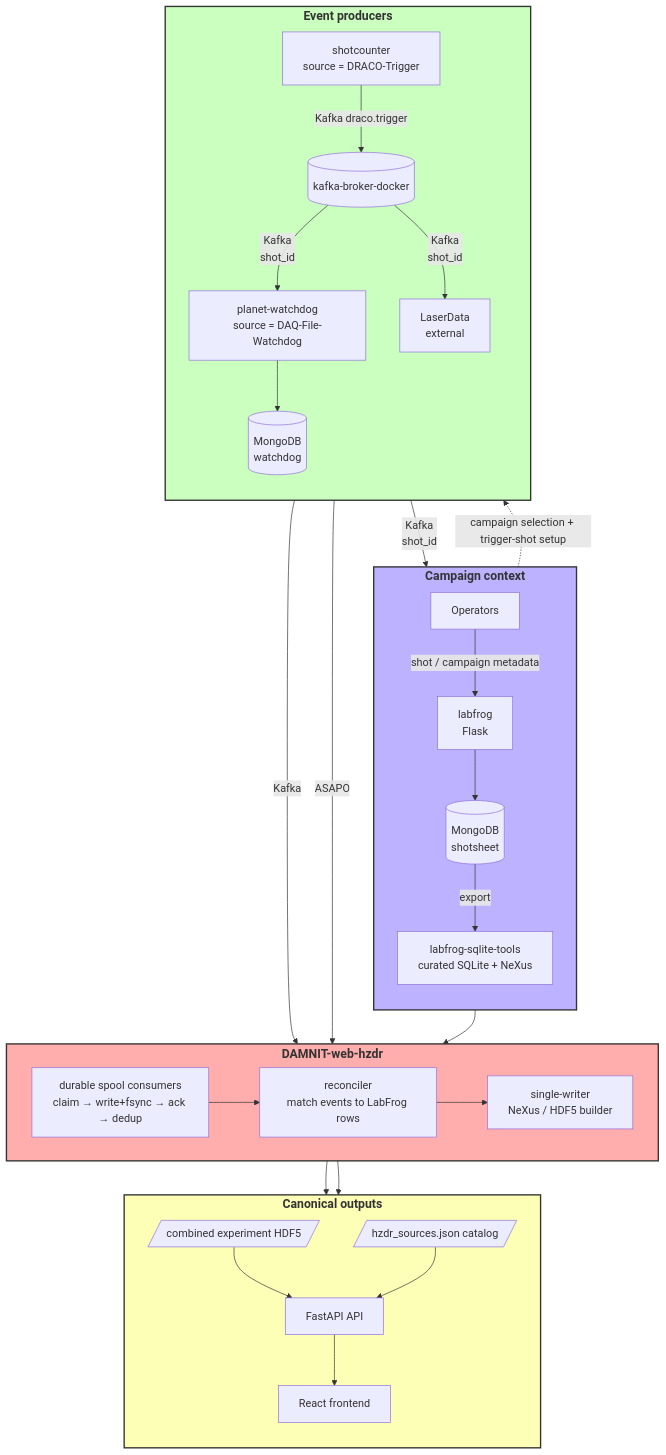
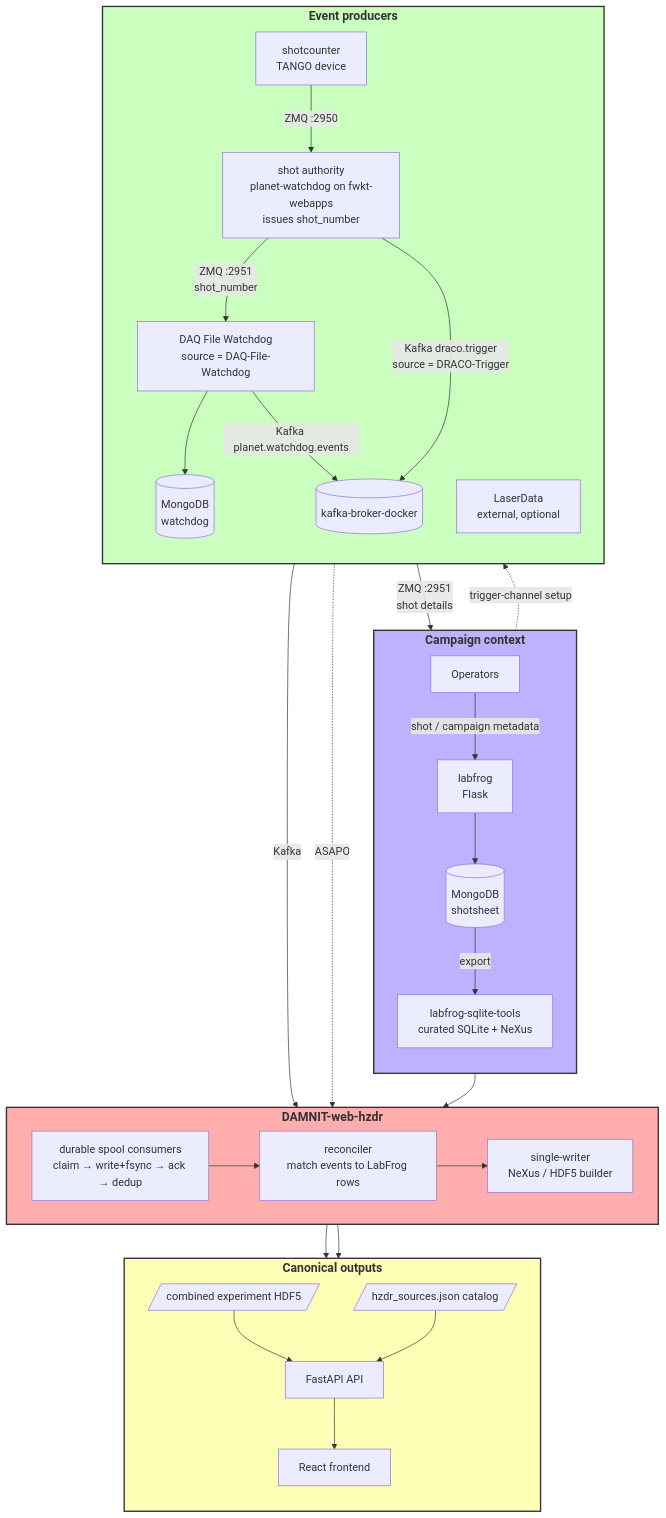
One commit to ktippey-hzdr/DAMNIT-web-hzdr changed the diagram in hzdr/docs/system-overview.md. Above: the diagram before and after it, drawn with Mermaid. The commit also changed other lines of this file and 5 other files, not shown here.

First line of the commit message:
Draw the shot authority in the system overview and status docs

````diff
--- a/hzdr/docs/system-overview.md
+++ b/hzdr/docs/system-overview.md
@@ -41,58 +41,60 @@
 ```mermaid
 flowchart TD
     subgraph Context [Campaign context]
         direction TB
         OP[Operators] -->|shot / campaign metadata| LF[labfrog<br/>Flask]
         LF --> MDB[(MongoDB<br/>shotsheet)]
         MDB -->|export| LST[labfrog-sqlite-tools<br/>curated SQLite + NeXus]
     end
 
     style Context fill:#BDB2FF,stroke:#333,stroke-width:2px
 
     subgraph Producers [Event producers]
         direction TB
-        SC[shotcounter<br/>source = DRACO-Trigger] -->|Kafka draco.trigger| KB[(kafka-broker-docker)]
-        KB -->|Kafka<br/>shot_id| PW[planet-watchdog<br/>source = DAQ-File-Watchdog] --> MDB2[(MongoDB<br/>watchdog)]
-        KB -->|Kafka<br/>shot_id| LD[LaserData<br/>external]
+        SC[shotcounter<br/>TANGO device] -->|ZMQ :2950| AU[shot authority<br/>planet-watchdog on fwkt-webapps<br/>issues shot_number]
+        AU -->|ZMQ :2951<br/>shot_number| PW[DAQ File Watchdog<br/>source = DAQ-File-Watchdog] --> MDB2[(MongoDB<br/>watchdog)]
+        AU -->|Kafka draco.trigger<br/>source = DRACO-Trigger| KB[(kafka-broker-docker)]
+        PW -->|Kafka planet.watchdog.events| KB
+        LD[LaserData<br/>external, optional]
     end
 
     style Producers fill:#CAFFBF,stroke:#333,stroke-width:2px
 
     subgraph DW [DAMNIT-web-hzdr]
         direction LR
         SPOOL["durable spool consumers<br/>claim → write+fsync → ack → dedup"]
         REC["reconciler<br/>match events to LabFrog rows"]
         BLD["single-writer<br/>NeXus / HDF5 builder"]
         SPOOL --> REC --> BLD
     end
 
     style DW fill:#FFADAD,stroke:#333,stroke-width:2px
 
     subgraph Outputs [Canonical outputs]
         direction TB
         NX[/combined experiment HDF5/]
         CAT[/hzdr_sources.json catalog/]
         API[FastAPI API]
         FE[React frontend]
         NX --> API
         CAT --> API
         API --> FE
     end
 
     style Outputs fill:#FDFFB6,stroke:#333,stroke-width:2px
 
     classDef customTitle font-size: 18px, font-weight: bold, fill: transparent, stroke-width:0px;
     class Context customTitle;
     class Producers customTitle;
     class Outputs customTitle;
     class DW customTitle;
 
-    KB -->|Kafka<br/>shot_id| LF
-    OP -.->|campaign selection + trigger-shot setup| SC
-    PW -->|Kafka| SPOOL
-    LD -->|ASAPO| SPOOL
+    AU -->|ZMQ :2951<br/>shot details| LF
+    OP -.->|trigger-channel setup| SC
+    KB -->|Kafka| SPOOL
+    LD -.->|ASAPO| SPOOL
     LST --> REC
 
     BLD --> NX
     BLD --> CAT
 ```
````
